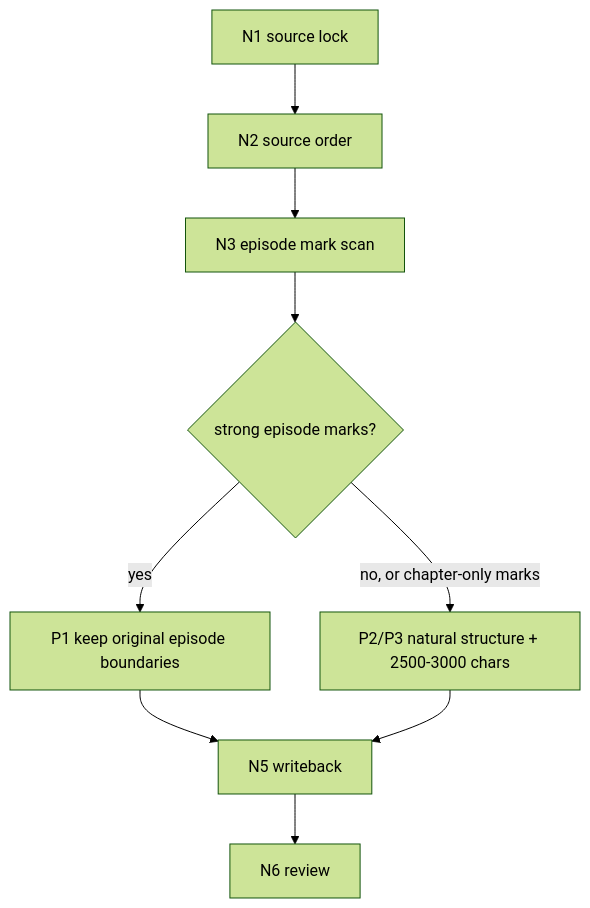
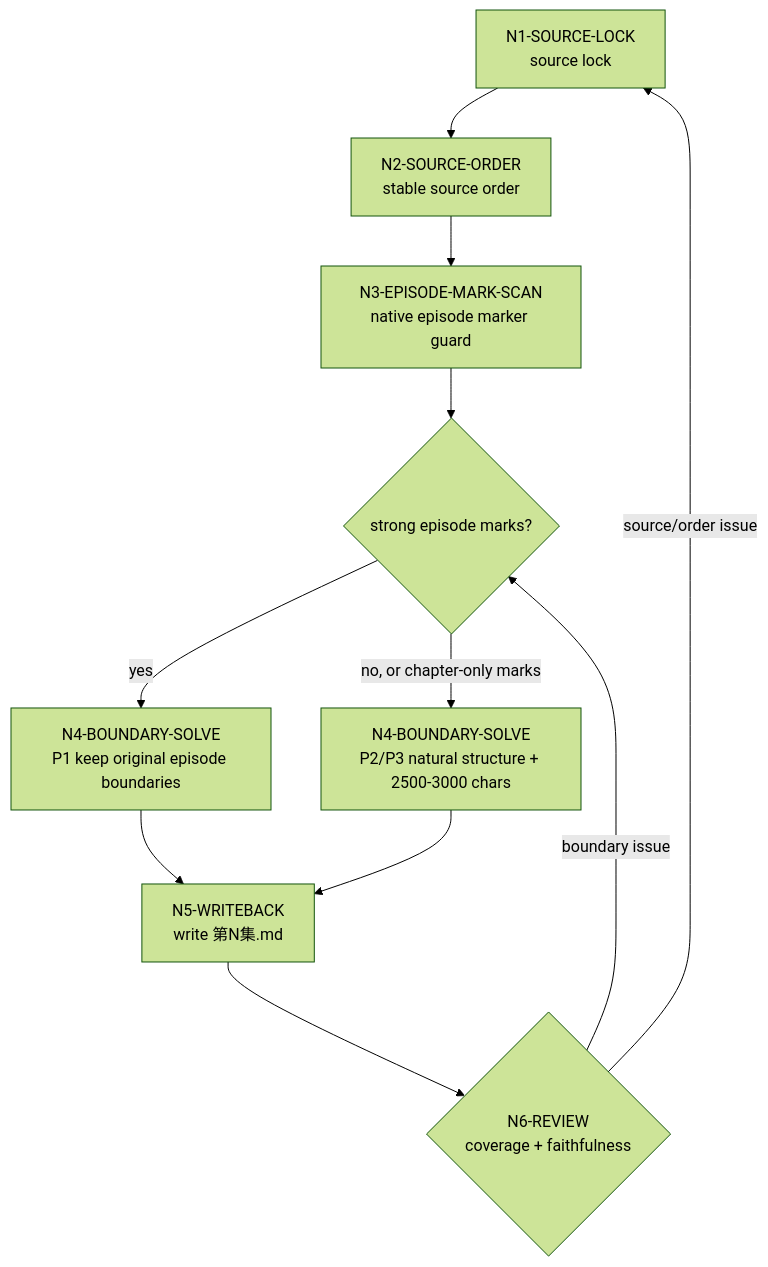
The diagram in .agents/skills/aigc/1-分集/steps/episode-split-workflow.md (ZEN-VOID/AI-CUT), drawn with Mermaid (forest theme) before and after one commit. The commit also changed 41 other files, not shown here.

````diff
--- a/.agents/skills/aigc/1-分集/steps/episode-split-workflow.md
+++ b/.agents/skills/aigc/1-分集/steps/episode-split-workflow.md
@@ -16,11 +16,13 @@
 ```mermaid
 flowchart TD
-    A["N1 source lock"] --> B["N2 source order"]
-    B --> C["N3 episode mark scan"]
+    A["N1-SOURCE-LOCK<br/>source lock"] --> B["N2-SOURCE-ORDER<br/>stable source order"]
+    B --> C["N3-EPISODE-MARK-SCAN<br/>native episode marker guard"]
     C --> D{"strong episode marks?"}
-    D -->|"yes"| E["P1 keep original episode boundaries"]
-    D -->|"no, or chapter-only marks"| F["P2/P3 natural structure + 2500-3000 chars"]
-    E --> G["N5 writeback"]
+    D -->|"yes"| E["N4-BOUNDARY-SOLVE<br/>P1 keep original episode boundaries"]
+    D -->|"no, or chapter-only marks"| F["N4-BOUNDARY-SOLVE<br/>P2/P3 natural structure + 2500-3000 chars"]
+    E --> G["N5-WRITEBACK<br/>write 第N集.md"]
     F --> G
-    G --> H["N6 review"]
+    G --> H{"N6-REVIEW<br/>coverage + faithfulness"}
+    H -->|"boundary issue"| D
+    H -->|"source/order issue"| A
 ```
````
